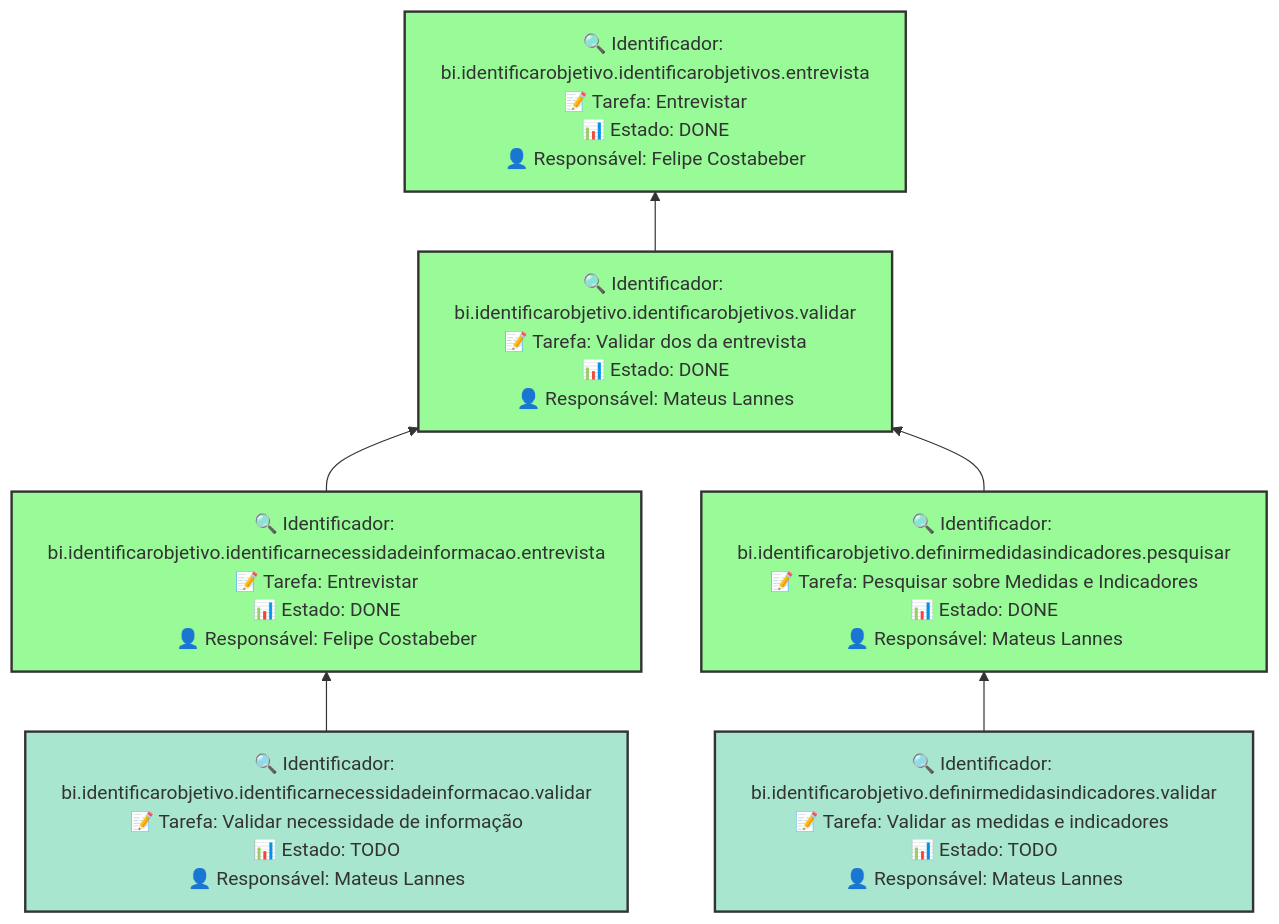
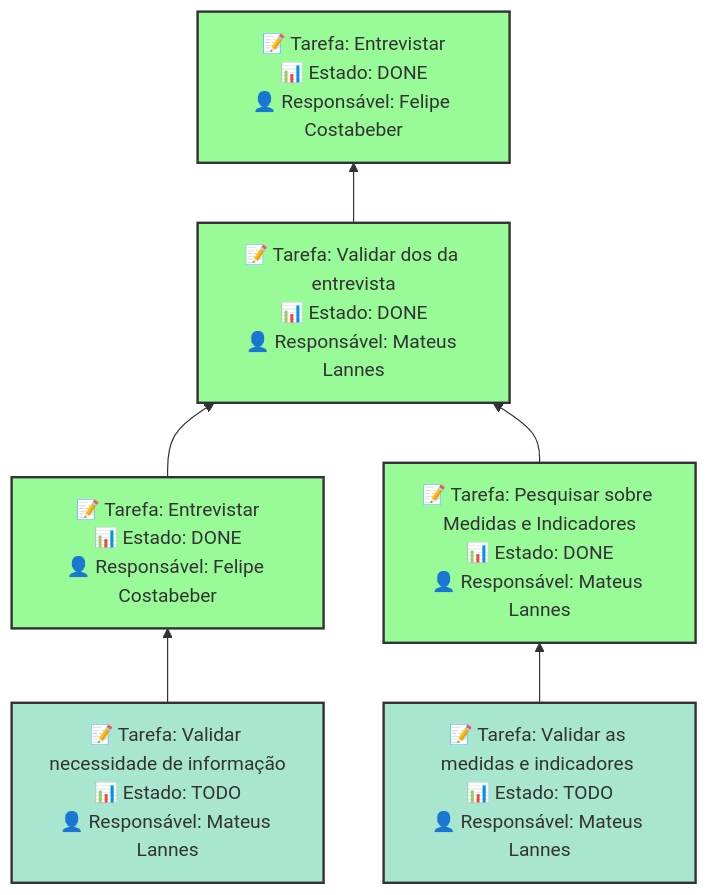
Before and after one commit to leds-org/leds-tools-made-docker: the diagram in example/sprints/sprin1.md, drawn with Mermaid. The commit also changed other lines of this file and 6 other files, not shown here.

````diff
--- a/example/sprints/sprin1.md
+++ b/example/sprints/sprin1.md
@@ -29,17 +28,17 @@
 ```mermaid
 graph BT
     classDef sprint fill:#a8e6cf,stroke:#333,stroke-width:2px;
     classDef done fill:#98fb98,stroke:#333,stroke-width:2px;
     classDef external fill:#ffd3b6,stroke:#333,stroke-width:1px;
-    bi.identificarobjetivo.identificarobjetivos.entrevista["🔍 Identificador: bi.identificarobjetivo.identificarobjetivos.entrevista<br>📝 Tarefa: Entrevistar<br>📊 Estado: DONE<br>👤 Responsável: Felipe Costabeber"]:::done
-    bi.identificarobjetivo.identificarnecessidadeinformacao.validar["🔍 Identificador: bi.identificarobjetivo.identificarnecessidadeinformacao.validar<br>📝 Tarefa: Validar necessidade de informação<br>📊 Estado: TODO<br>👤 Responsável: Mateus Lannes "]:::sprint
-    bi.identificarobjetivo.definirmedidasindicadores.validar["🔍 Identificador: bi.identificarobjetivo.definirmedidasindicadores.validar<br>📝 Tarefa: Validar as medidas e indicadores <br>📊 Estado: TODO<br>👤 Responsável: Mateus Lannes "]:::sprint
-    bi.identificarobjetivo.identificarnecessidadeinformacao.entrevista["🔍 Identificador: bi.identificarobjetivo.identificarnecessidadeinformacao.entrevista<br>📝 Tarefa: Entrevistar<br>📊 Estado: DONE<br>👤 Responsável: Felipe Costabeber"]:::done
-    bi.identificarobjetivo.definirmedidasindicadores.pesquisar["🔍 Identificador: bi.identificarobjetivo.definirmedidasindicadores.pesquisar<br>📝 Tarefa: Pesquisar sobre Medidas e Indicadores<br>📊 Estado: DONE<br>👤 Responsável: Mateus Lannes "]:::done
-    bi.identificarobjetivo.identificarobjetivos.validar["🔍 Identificador: bi.identificarobjetivo.identificarobjetivos.validar<br>📝 Tarefa: Validar dos da entrevista<br>📊 Estado: DONE<br>👤 Responsável: Mateus Lannes "]:::done
+    bi.identificarobjetivo.identificarobjetivos.entrevista["📝 Tarefa: Entrevistar<br>📊 Estado: DONE<br>👤 Responsável: Felipe Costabeber"]:::done
+    bi.identificarobjetivo.identificarnecessidadeinformacao.validar["📝 Tarefa: Validar necessidade de informação<br>📊 Estado: TODO<br>👤 Responsável: Mateus Lannes "]:::sprint
+    bi.identificarobjetivo.definirmedidasindicadores.validar["📝 Tarefa: Validar as medidas e indicadores <br>📊 Estado: TODO<br>👤 Responsável: Mateus Lannes "]:::sprint
+    bi.identificarobjetivo.identificarnecessidadeinformacao.entrevista["📝 Tarefa: Entrevistar<br>📊 Estado: DONE<br>👤 Responsável: Felipe Costabeber"]:::done
+    bi.identificarobjetivo.definirmedidasindicadores.pesquisar["📝 Tarefa: Pesquisar sobre Medidas e Indicadores<br>📊 Estado: DONE<br>👤 Responsável: Mateus Lannes "]:::done
+    bi.identificarobjetivo.identificarobjetivos.validar["📝 Tarefa: Validar dos da entrevista<br>📊 Estado: DONE<br>👤 Responsável: Mateus Lannes "]:::done
     bi.identificarobjetivo.identificarobjetivos.validar --> bi.identificarobjetivo.identificarobjetivos.entrevista
     bi.identificarobjetivo.identificarnecessidadeinformacao.entrevista --> bi.identificarobjetivo.identificarobjetivos.validar
     bi.identificarobjetivo.definirmedidasindicadores.pesquisar --> bi.identificarobjetivo.identificarobjetivos.validar
     bi.identificarobjetivo.identificarnecessidadeinformacao.validar --> bi.identificarobjetivo.identificarnecessidadeinformacao.entrevista
     bi.identificarobjetivo.definirmedidasindicadores.validar --> bi.identificarobjetivo.definirmedidasindicadores.pesquisar
 ```
````
